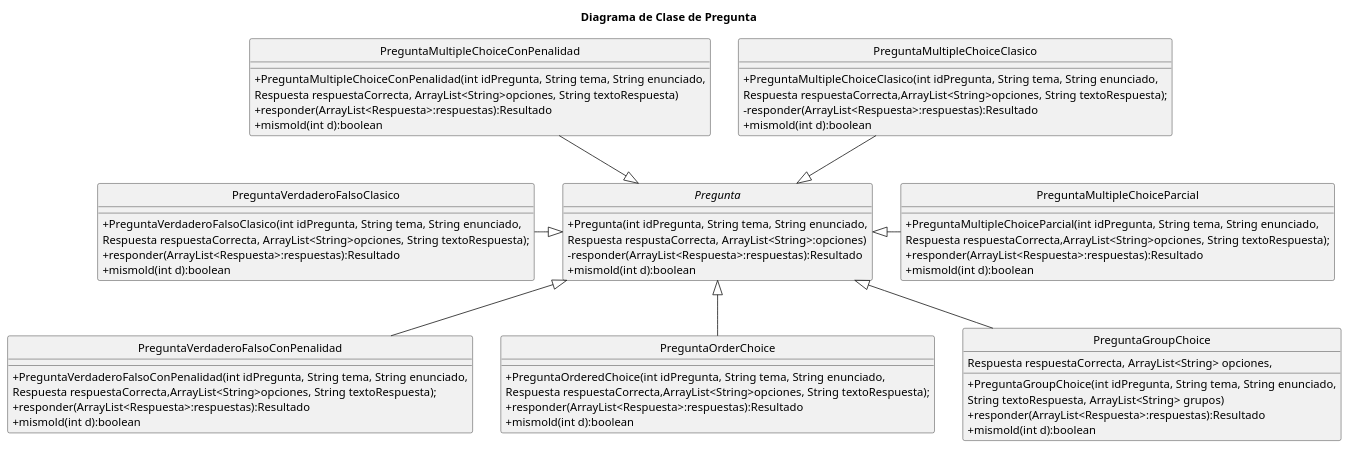
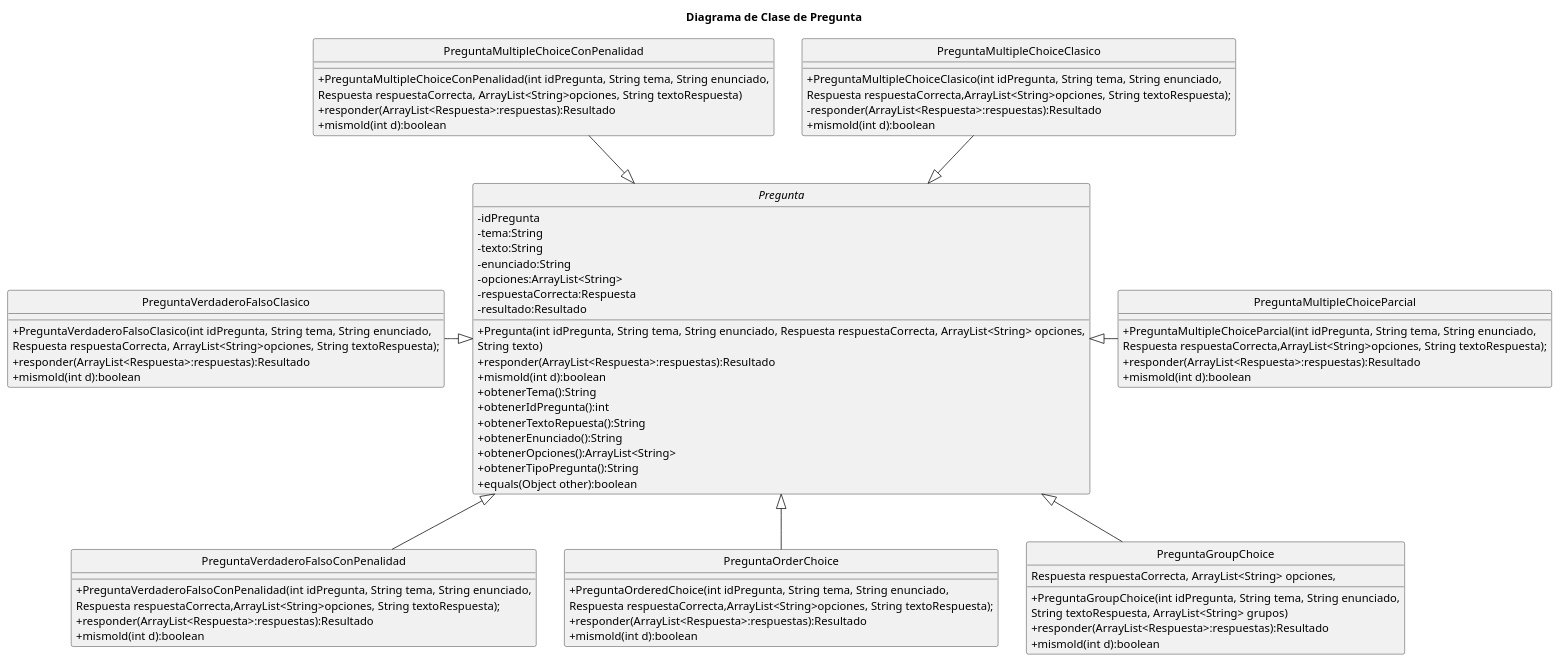
Before and after one commit to gimnasialp/algo3_proyecto_base_tp2: the diagram in diagrams/classes/entrega2/diagrmaDeClaseDePregunta.puml, drawn with PlantUML. The commit also changed 10 other files, not shown here.

```diff
--- a/diagrams/classes/entrega2/diagrmaDeClaseDePregunta.puml
+++ b/diagrams/classes/entrega2/diagrmaDeClaseDePregunta.puml
@@ -1,66 +1,80 @@
 @startuml
 'https://plantuml.com/sequence-diagram
 
 title Diagrama de Clase de Pregunta
 skinparam monochrome true
 hide circle
 skinparam classAttributeIconSize 0
 abstract class Pregunta{
-    +Pregunta(int idPregunta, String tema, String enunciado,
-    Respuesta respustaCorrecta, ArrayList<String>:opciones)
-    -responder(ArrayList<Respuesta>:respuestas):Resultado
+    -idPregunta
+    -tema:String
+    -texto:String
+    -enunciado:String
+    -opciones:ArrayList<String>
+    -respuestaCorrecta:Respuesta
+    -resultado:Resultado
+    +Pregunta(int idPregunta, String tema, String enunciado, Respuesta respuestaCorrecta, ArrayList<String> opciones,
+                            String texto)
+    +responder(ArrayList<Respuesta>:respuestas):Resultado
     +mismold(int d):boolean
+    +obtenerTema():String
+    +obtenerIdPregunta():int
+    +obtenerTextoRepuesta():String
+    +obtenerEnunciado():String
+    +obtenerOpciones():ArrayList<String>
+    +obtenerTipoPregunta():String
+    +equals(Object other):boolean
 }
 class PreguntaMultipleChoiceConPenalidad{
     +PreguntaMultipleChoiceConPenalidad(int idPregunta, String tema, String enunciado,
     Respuesta respuestaCorrecta, ArrayList<String>opciones, String textoRespuesta)
     +responder(ArrayList<Respuesta>:respuestas):Resultado
     +mismold(int d):boolean
 }
 class PreguntaMultipleChoiceClasico{
     +PreguntaMultipleChoiceClasico(int idPregunta, String tema, String enunciado,
     Respuesta respuestaCorrecta,ArrayList<String>opciones, String textoRespuesta);
     -responder(ArrayList<Respuesta>:respuestas):Resultado
     +mismold(int d):boolean
 }
 class PreguntaVerdaderoFalsoConPenalidad{
     +PreguntaVerdaderoFalsoConPenalidad(int idPregunta, String tema, String enunciado,
     Respuesta respuestaCorrecta,ArrayList<String>opciones, String textoRespuesta);
     +responder(ArrayList<Respuesta>:respuestas):Resultado
     +mismold(int d):boolean
 }
 class PreguntaVerdaderoFalsoClasico{
     +PreguntaVerdaderoFalsoClasico(int idPregunta, String tema, String enunciado,
     Respuesta respuestaCorrecta, ArrayList<String>opciones, String textoRespuesta);
     +responder(ArrayList<Respuesta>:respuestas):Resultado
     +mismold(int d):boolean
 }
 class PreguntaOrderChoice{
     +PreguntaOrderedChoice(int idPregunta, String tema, String enunciado,
     Respuesta respuestaCorrecta,ArrayList<String>opciones, String textoRespuesta);
     +responder(ArrayList<Respuesta>:respuestas):Resultado
     +mismold(int d):boolean
 }
 class PreguntaGroupChoice{
     +PreguntaGroupChoice(int idPregunta, String tema, String enunciado,
     Respuesta respuestaCorrecta, ArrayList<String> opciones,
     String textoRespuesta, ArrayList<String> grupos)
     +responder(ArrayList<Respuesta>:respuestas):Resultado
     +mismold(int d):boolean
 }
 
 class PreguntaMultipleChoiceParcial{
     +PreguntaMultipleChoiceParcial(int idPregunta, String tema, String enunciado,
      Respuesta respuestaCorrecta,ArrayList<String>opciones, String textoRespuesta);
     +responder(ArrayList<Respuesta>:respuestas):Resultado
     +mismold(int d):boolean
 }
 
 Pregunta <|-- PreguntaGroupChoice
 Pregunta <|-up- PreguntaMultipleChoiceClasico
 Pregunta <|-- PreguntaOrderChoice
 Pregunta <|-right- PreguntaMultipleChoiceParcial
 Pregunta <|-left- PreguntaVerdaderoFalsoClasico
 Pregunta <|-- PreguntaVerdaderoFalsoConPenalidad
 Pregunta <|-up- PreguntaMultipleChoiceConPenalidad
 @enduml
```
